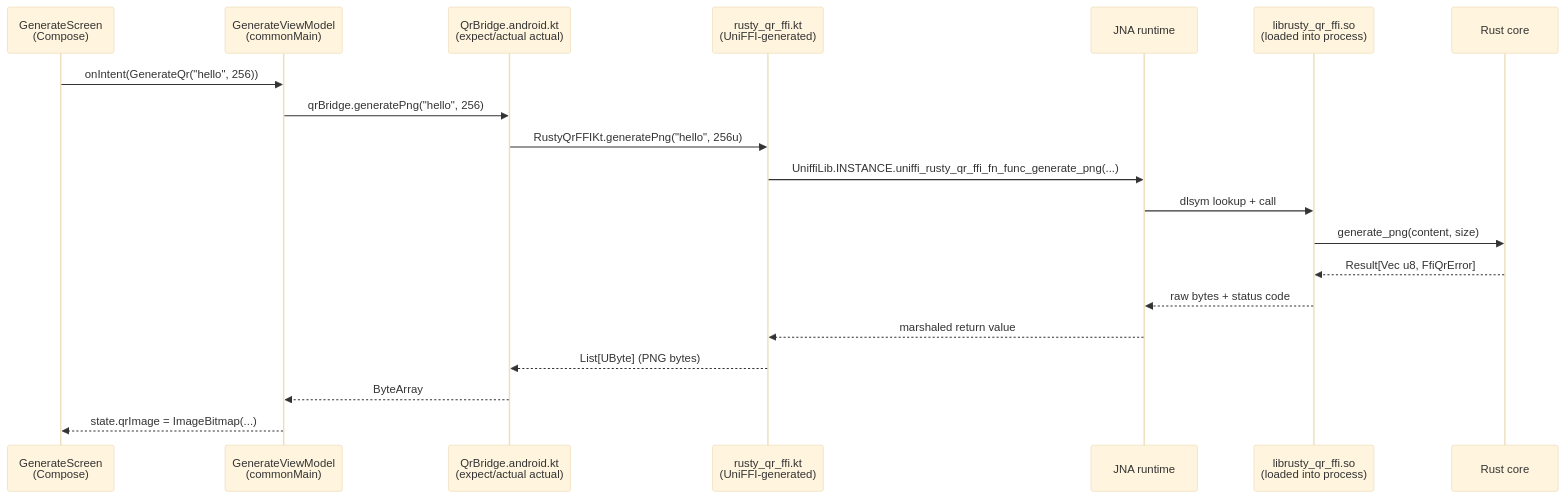
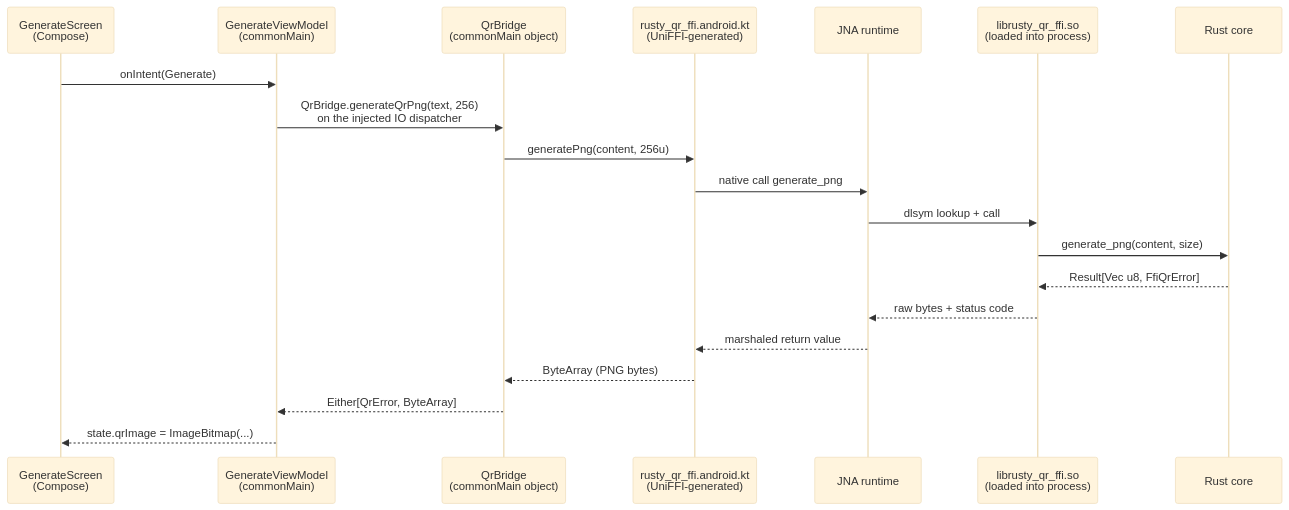
One commit to prasannajeet/RustyQR changed the sixth of 7 diagrams in docs/ARCHITECTURE.md. Above: the diagram before and after it, drawn with Mermaid (base theme). The commit also changed other lines of this file and 6 other files, not shown here.

````diff
--- a/docs/ARCHITECTURE.md
+++ b/docs/ARCHITECTURE.md
@@ -399,23 +417,23 @@
 ```mermaid
 sequenceDiagram
     participant UI as GenerateScreen<br/>(Compose)
     participant VM as GenerateViewModel<br/>(commonMain)
-    participant Bridge as QrBridge.android.kt<br/>(expect/actual actual)
-    participant Gen as rusty_qr_ffi.kt<br/>(UniFFI-generated)
+    participant Bridge as QrBridge<br/>(commonMain object)
+    participant Gen as rusty_qr_ffi.android.kt<br/>(UniFFI-generated)
     participant JNA as JNA runtime
     participant SO as librusty_qr_ffi.so<br/>(loaded into process)
     participant Rust as Rust core
 
-    UI->>VM: onIntent(GenerateQr("hello", 256))
-    VM->>Bridge: qrBridge.generatePng("hello", 256)
-    Bridge->>Gen: RustyQrFFIKt.generatePng("hello", 256u)
-    Gen->>JNA: UniffiLib.INSTANCE.uniffi_rusty_qr_ffi_fn_func_generate_png(...)
+    UI->>VM: onIntent(Generate)
+    VM->>Bridge: QrBridge.generateQrPng(text, 256)<br/>on the injected IO dispatcher
+    Bridge->>Gen: generatePng(content, 256u)
+    Gen->>JNA: native call generate_png
     JNA->>SO: dlsym lookup + call
     SO->>Rust: generate_png(content, size)
     Rust-->>SO: Result[Vec u8, FfiQrError]
     SO-->>JNA: raw bytes + status code
     JNA-->>Gen: marshaled return value
-    Gen-->>Bridge: List[UByte] (PNG bytes)
-    Bridge-->>VM: ByteArray
+    Gen-->>Bridge: ByteArray (PNG bytes)
+    Bridge-->>VM: Either[QrError, ByteArray]
     VM-->>UI: state.qrImage = ImageBitmap(...)
 ```
````
